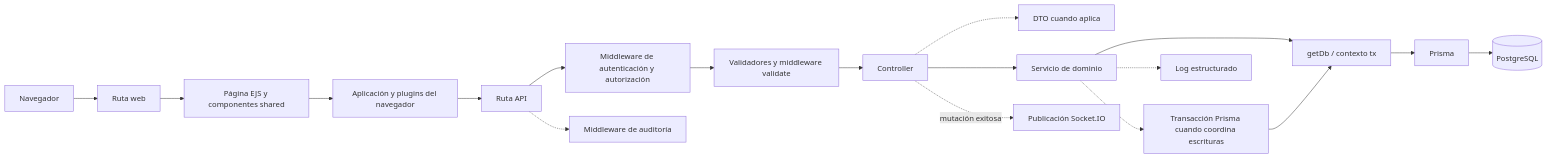
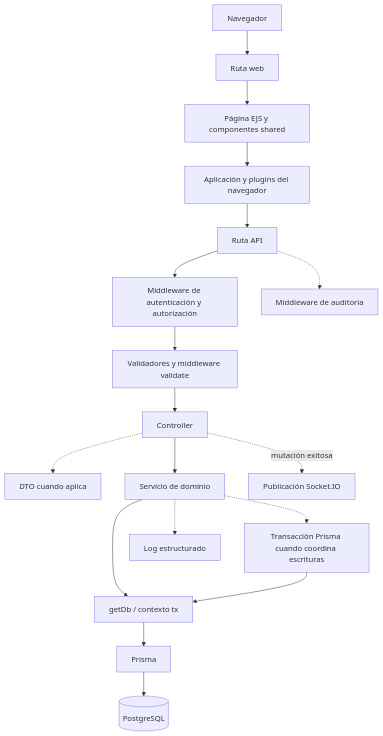
The diagram in docs/architecture/views/development/code-diagrams/05-views-dynamic.md (gpgsistemas01/nexus), drawn with Mermaid before and after one commit. The commit also changed 198 other files, not shown here.

Commit message:
docs: mejorar notación UML y distribución de diagramas Mermaid

````diff
--- a/docs/architecture/views/development/code-diagrams/05-views-dynamic.md
+++ b/docs/architecture/views/development/code-diagrams/05-views-dynamic.md
@@ -12,21 +12,21 @@
 ```mermaid
-flowchart LR
+flowchart TB
     browser["Navegador"] --> webRoute["Ruta web"]
     webRoute --> ejs["Página EJS y componentes shared"]
     ejs --> client["Aplicación y plugins del navegador"]
     client --> apiRoute["Ruta API"]
 
     apiRoute --> auth["Middleware de autenticación y autorización"]
     auth --> validation["Validadores y middleware validate"]
     validation --> controller["Controller"]
     controller -.-> dto["DTO cuando aplica"]
     controller --> service["Servicio de dominio"]
     service -.-> transaction["Transacción Prisma cuando coordina escrituras"]
     service --> repository["getDb / contexto tx"]
     transaction --> repository
     repository --> prisma["Prisma"]
     prisma --> postgres[("PostgreSQL")]
     controller -.->|"mutación exitosa"| socket["Publicación Socket.IO"]
     apiRoute -.-> audit["Middleware de auditoría"]
     service -.-> log["Log estructurado"]
 ```
````
